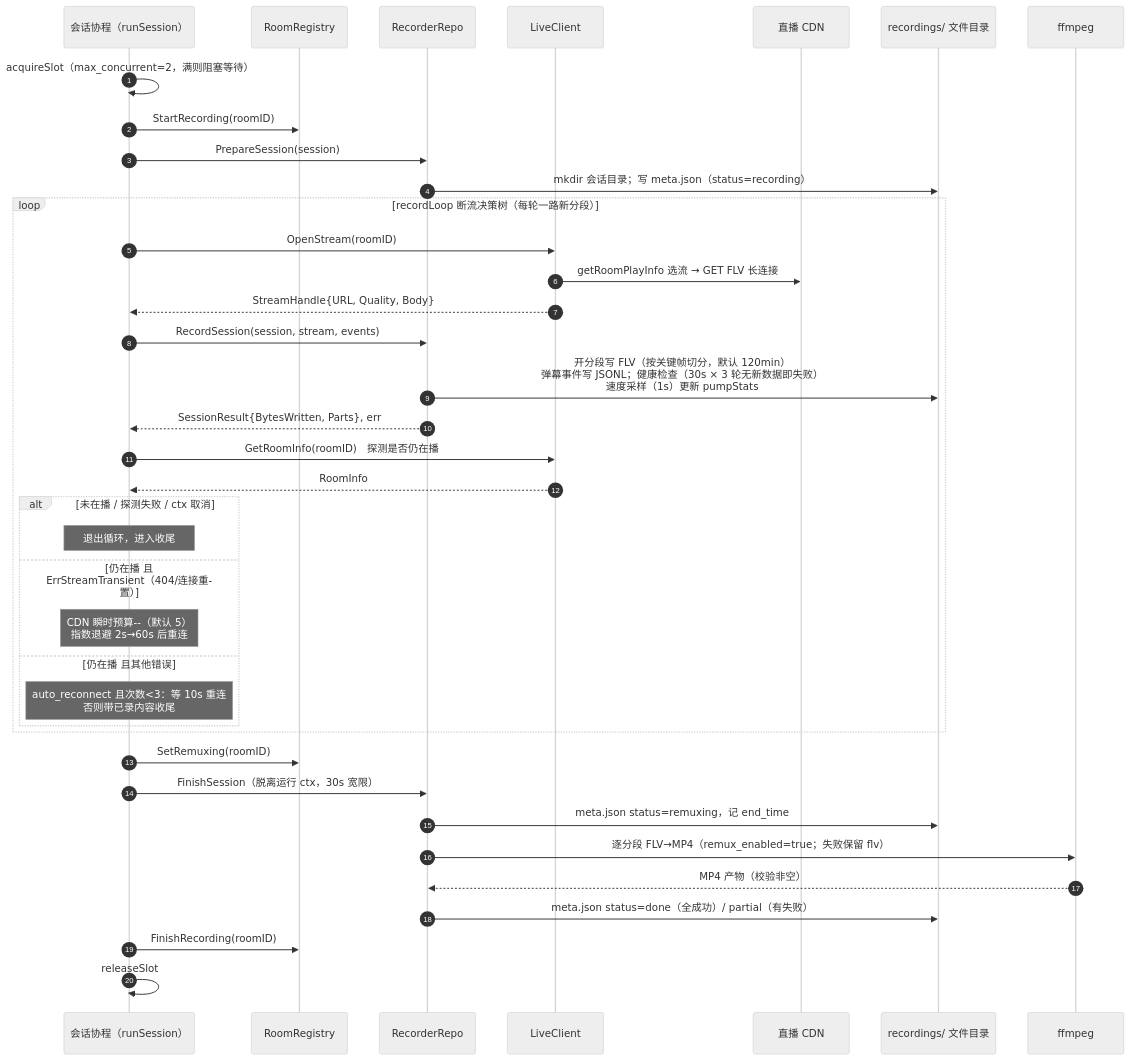
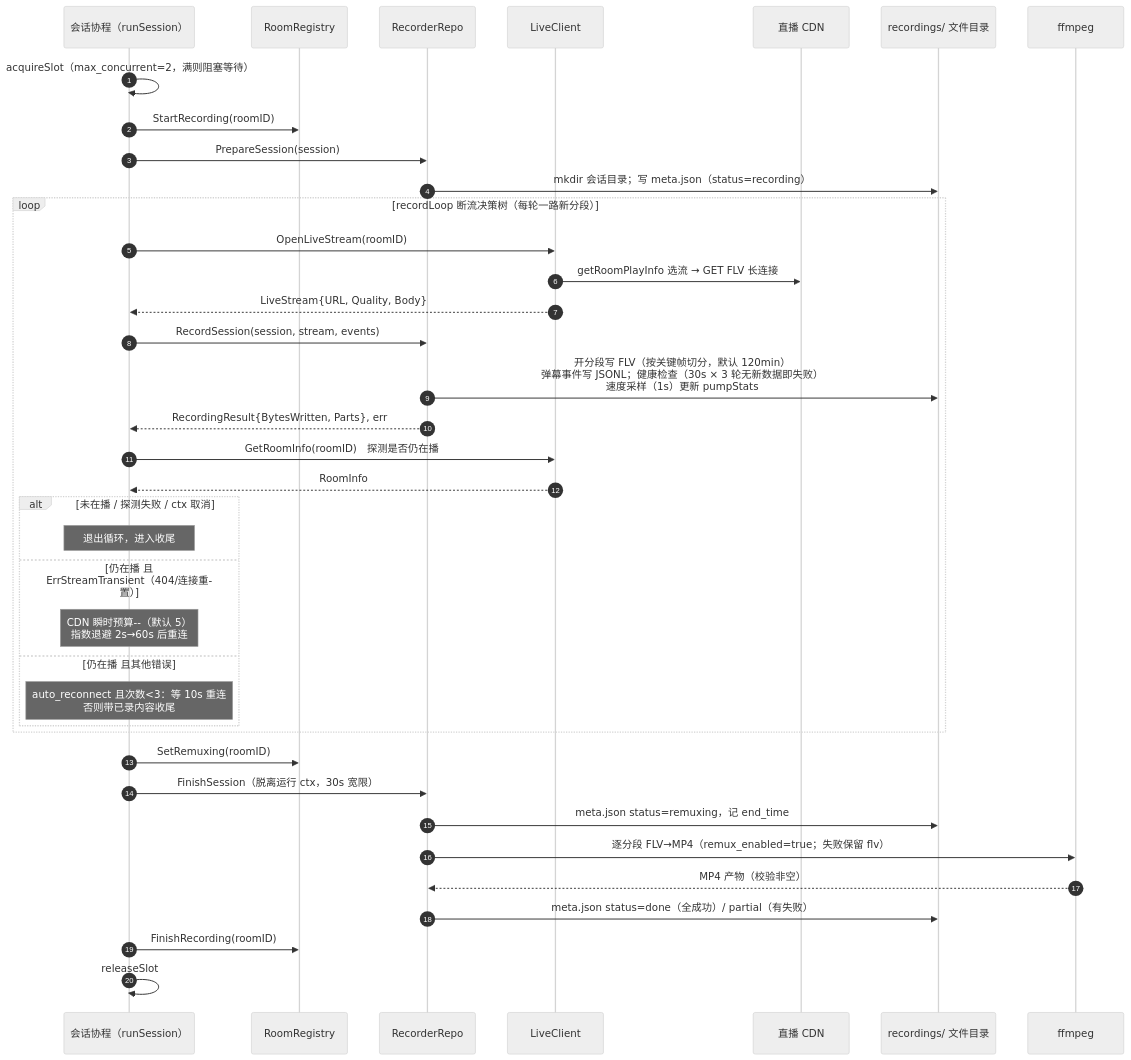
Before and after one commit to xgbt/suika: the fifth of 10 diagrams in docs/design/architecture-diagrams.md, drawn with Mermaid (neutral theme). The commit also changed 6 other files, not shown here.

````diff
--- a/docs/design/architecture-diagrams.md
+++ b/docs/design/architecture-diagrams.md
@@ -232,43 +232,43 @@
 ```mermaid
 sequenceDiagram
     autonumber
     participant Sess as 会话协程（runSession）
     participant G as RoomRegistry
     participant RR as RecorderRepo
     participant LC as LiveClient
     participant CDN as 直播 CDN
     participant FS as recordings/ 文件目录
     participant FF as ffmpeg
 
     Sess->>Sess: acquireSlot（max_concurrent=2，满则阻塞等待）
     Sess->>G: StartRecording(roomID)
     Sess->>RR: PrepareSession(session)
     RR->>FS: mkdir 会话目录；写 meta.json（status=recording）
 
     loop recordLoop 断流决策树（每轮一路新分段）
-        Sess->>LC: OpenStream(roomID)
+        Sess->>LC: OpenLiveStream(roomID)
         LC->>CDN: getRoomPlayInfo 选流 → GET FLV 长连接
-        LC-->>Sess: StreamHandle{URL, Quality, Body}
+        LC-->>Sess: LiveStream{URL, Quality, Body}
         Sess->>RR: RecordSession(session, stream, events)
         RR->>FS: 开分段写 FLV（按关键帧切分，默认 120min）<br/>弹幕事件写 JSONL；健康检查（30s × 3 轮无新数据即失败）<br/>速度采样（1s）更新 pumpStats
-        RR-->>Sess: SessionResult{BytesWritten, Parts}, err
+        RR-->>Sess: RecordingResult{BytesWritten, Parts}, err
         Sess->>LC: GetRoomInfo(roomID)　探测是否仍在播
         LC-->>Sess: RoomInfo
         alt 未在播 / 探测失败 / ctx 取消
             Note over Sess: 退出循环，进入收尾
         else 仍在播 且 ErrStreamTransient（404/连接重置）
             Note over Sess: CDN 瞬时预算--（默认 5）<br/>指数退避 2s→60s 后重连
         else 仍在播 且其他错误
             Note over Sess: auto_reconnect 且次数<3：等 10s 重连<br/>否则带已录内容收尾
         end
     end
 
     Sess->>G: SetRemuxing(roomID)
     Sess->>RR: FinishSession（脱离运行 ctx，30s 宽限）
     RR->>FS: meta.json status=remuxing，记 end_time
     RR->>FF: 逐分段 FLV→MP4（remux_enabled=true；失败保留 flv）
     FF-->>RR: MP4 产物（校验非空）
     RR->>FS: meta.json status=done（全成功）/ partial（有失败）
     Sess->>G: FinishRecording(roomID)
     Sess->>Sess: releaseSlot
 ```
````
